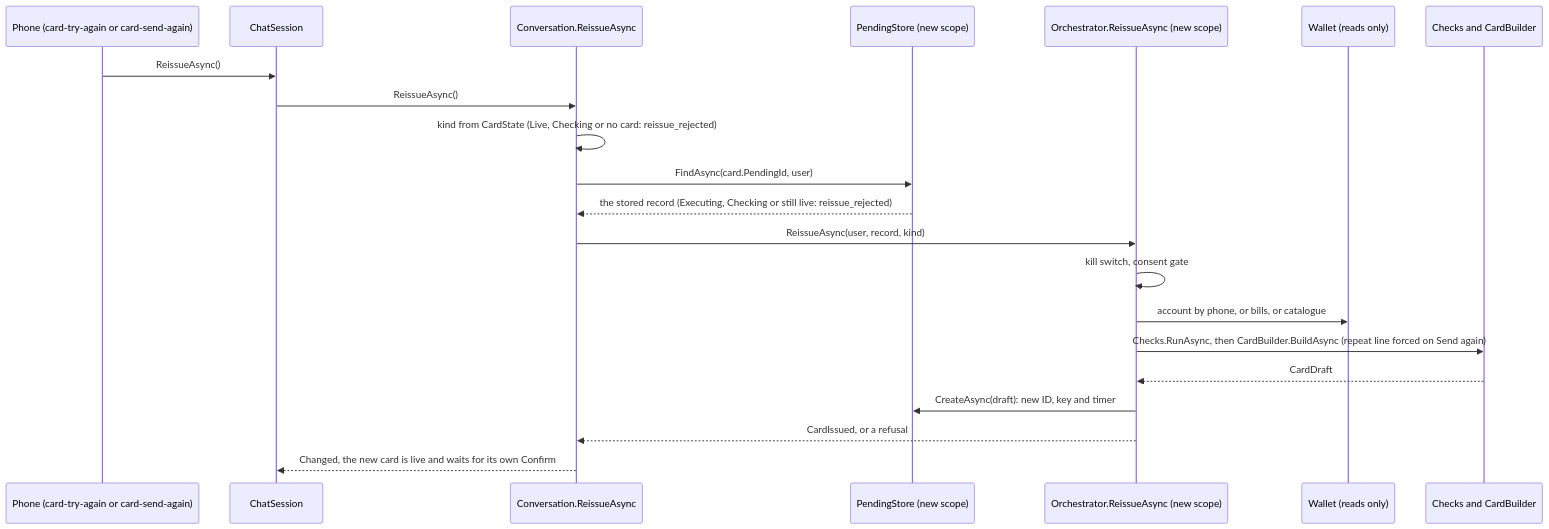
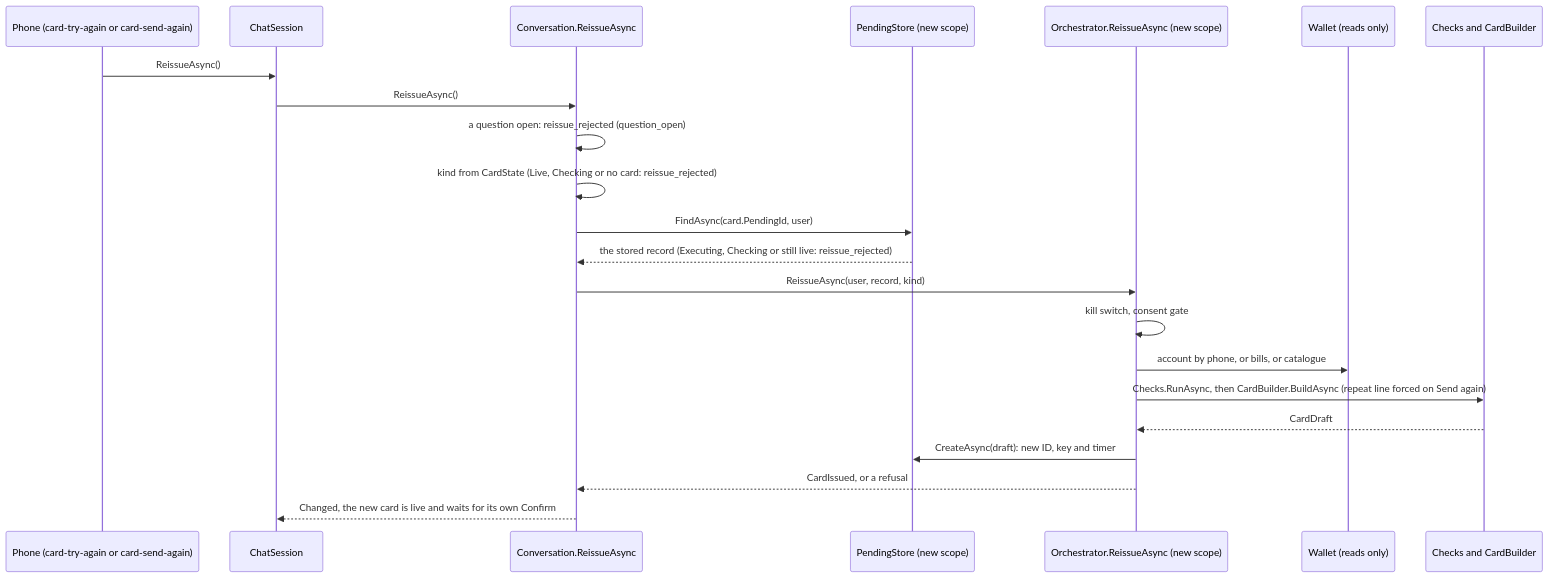
The fourth of 22 diagrams in docs/agent-core.md (Khalil-Alhadidi/Naqoli), drawn with Mermaid before and after one commit. The commit also changed other lines of this file and 21 other files, not shown here.

````diff
--- a/docs/agent-core.md
+++ b/docs/agent-core.md
@@ -172,23 +174,24 @@
 ```mermaid
 sequenceDiagram
     participant P as Phone (card-try-again or card-send-again)
     participant S as ChatSession
     participant V as Conversation.ReissueAsync
     participant R as PendingStore (new scope)
     participant O as Orchestrator.ReissueAsync (new scope)
     participant W as Wallet (reads only)
     participant K as Checks and CardBuilder
     P->>S: ReissueAsync()
     S->>V: ReissueAsync()
+    V->>V: a question open: reissue_rejected (question_open)
     V->>V: kind from CardState (Live, Checking or no card: reissue_rejected)
     V->>R: FindAsync(card.PendingId, user)
     R-->>V: the stored record (Executing, Checking or still live: reissue_rejected)
     V->>O: ReissueAsync(user, record, kind)
     O->>O: kill switch, consent gate
     O->>W: account by phone, or bills, or catalogue
     O->>K: Checks.RunAsync, then CardBuilder.BuildAsync (repeat line forced on Send again)
     K-->>O: CardDraft
     O->>R: CreateAsync(draft): new ID, key and timer
     O-->>V: CardIssued, or a refusal
     V-->>S: Changed, the new card is live and waits for its own Confirm
 ```
````
